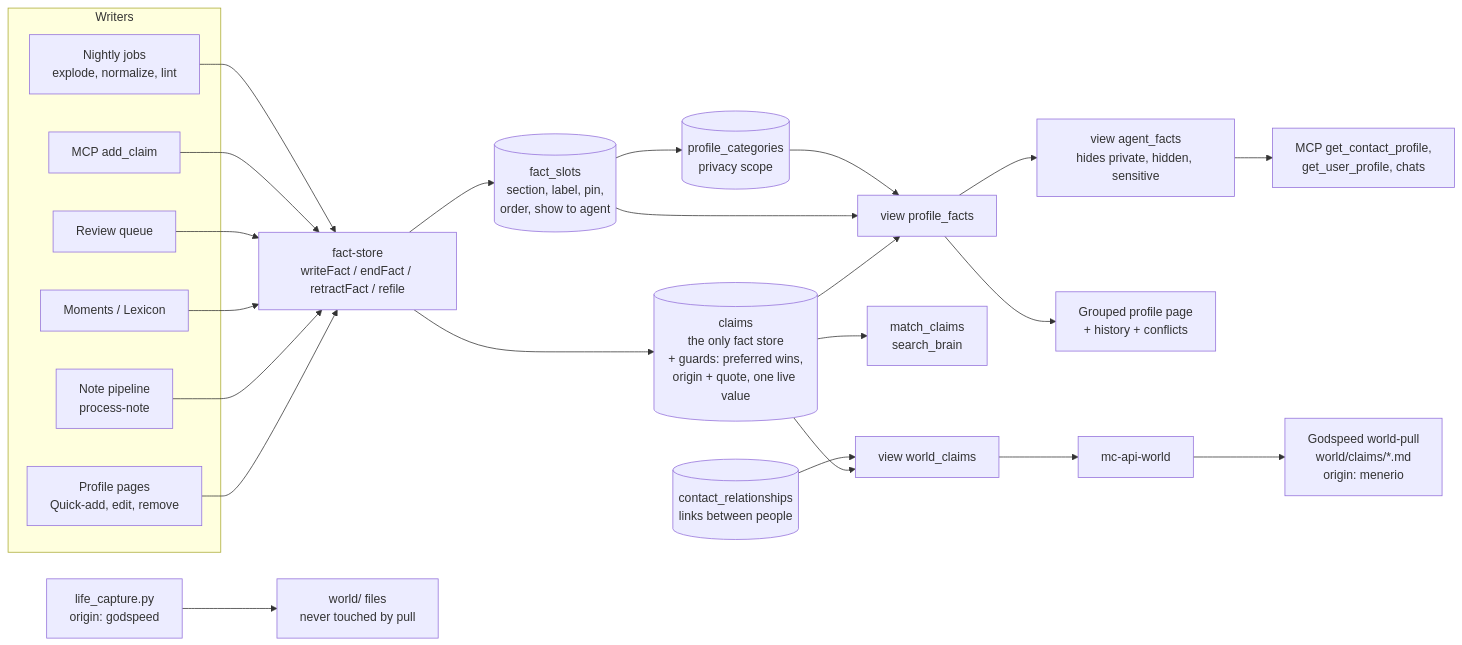
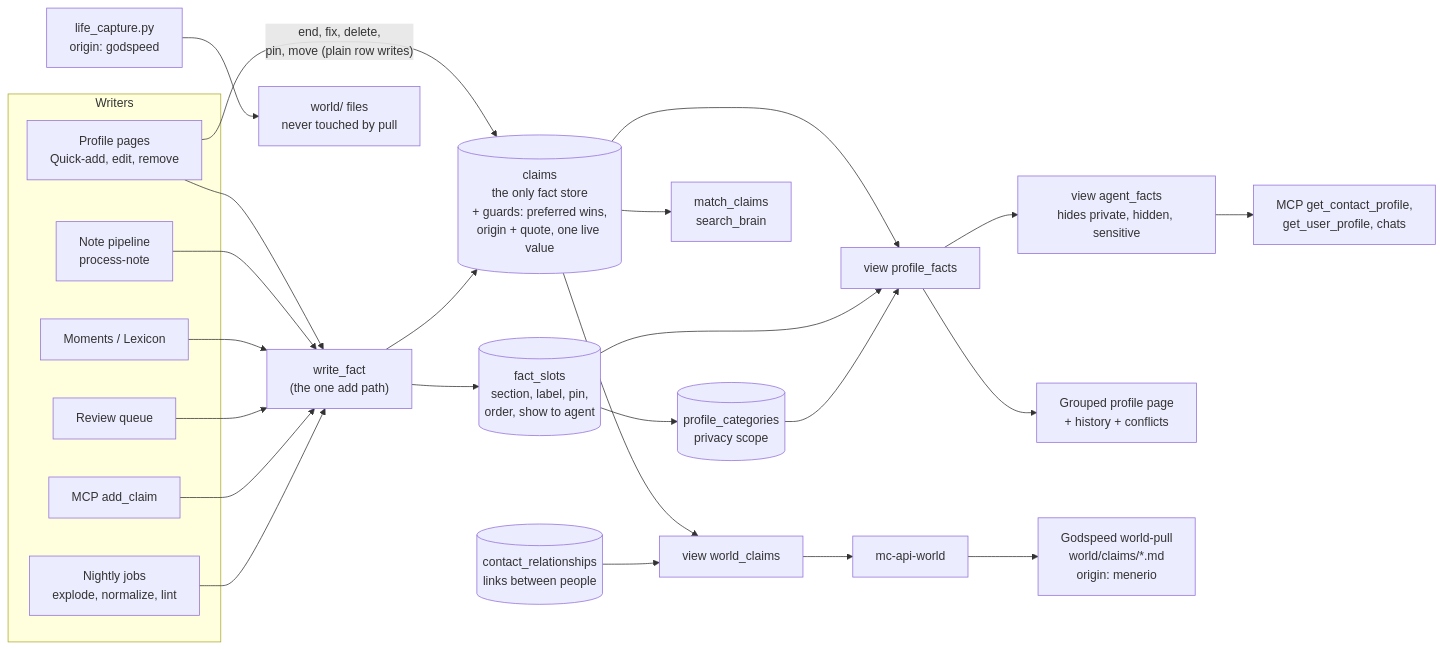
The diagram in docs/plans/one-fact-store.md (MichaelZelbel/menerio), drawn with Mermaid before and after one commit. The commit also changed other lines of this file, not shown here.

First line of the commit message:
Plan: second review of the one fact store

````diff
--- a/docs/plans/one-fact-store.md
+++ b/docs/plans/one-fact-store.md
@@ -378,33 +381,34 @@
 ```mermaid
 flowchart LR
   subgraph Writers
     UI["Profile pages<br/>Quick-add, edit, remove"]
     NP["Note pipeline<br/>process-note"]
     MO["Moments / Lexicon"]
     RQ["Review queue"]
     MCP["MCP add_claim"]
     NJ["Nightly jobs<br/>explode, normalize, lint"]
   end
-  FS["fact-store<br/>writeFact / endFact / retractFact / refile"]
+  FS["write_fact<br/>(the one add path)"]
   UI --> FS
   NP --> FS
   MO --> FS
   RQ --> FS
   MCP --> FS
   NJ --> FS
+  UI -- "end, fix, delete,<br/>pin, move (plain row writes)" --> C
   FS --> C[("claims<br/>the only fact store<br/>+ guards: preferred wins,<br/>origin + quote, one live value")]
   FS --> S[("fact_slots<br/>section, label, pin,<br/>order, show to agent")]
   S --> K[("profile_categories<br/>privacy scope")]
   R[("contact_relationships<br/>links between people")]
   C --> PF["view profile_facts"]
   S --> PF
   K --> PF
   PF --> AF["view agent_facts<br/>hides private, hidden, sensitive"]
   PF --> PAGE["Grouped profile page<br/>+ history + conflicts"]
   AF --> MCPR["MCP get_contact_profile,<br/>get_user_profile, chats"]
   C --> MC["match_claims<br/>search_brain"]
   C --> WC["view world_claims"]
   R --> WC
   WC --> API["mc-api-world"] --> PULL["Godspeed world-pull<br/>world/claims/*.md<br/>origin: menerio"]
   LC["life_capture.py<br/>origin: godspeed"] --> GW["world/ files<br/>never touched by pull"]
 ```
````
